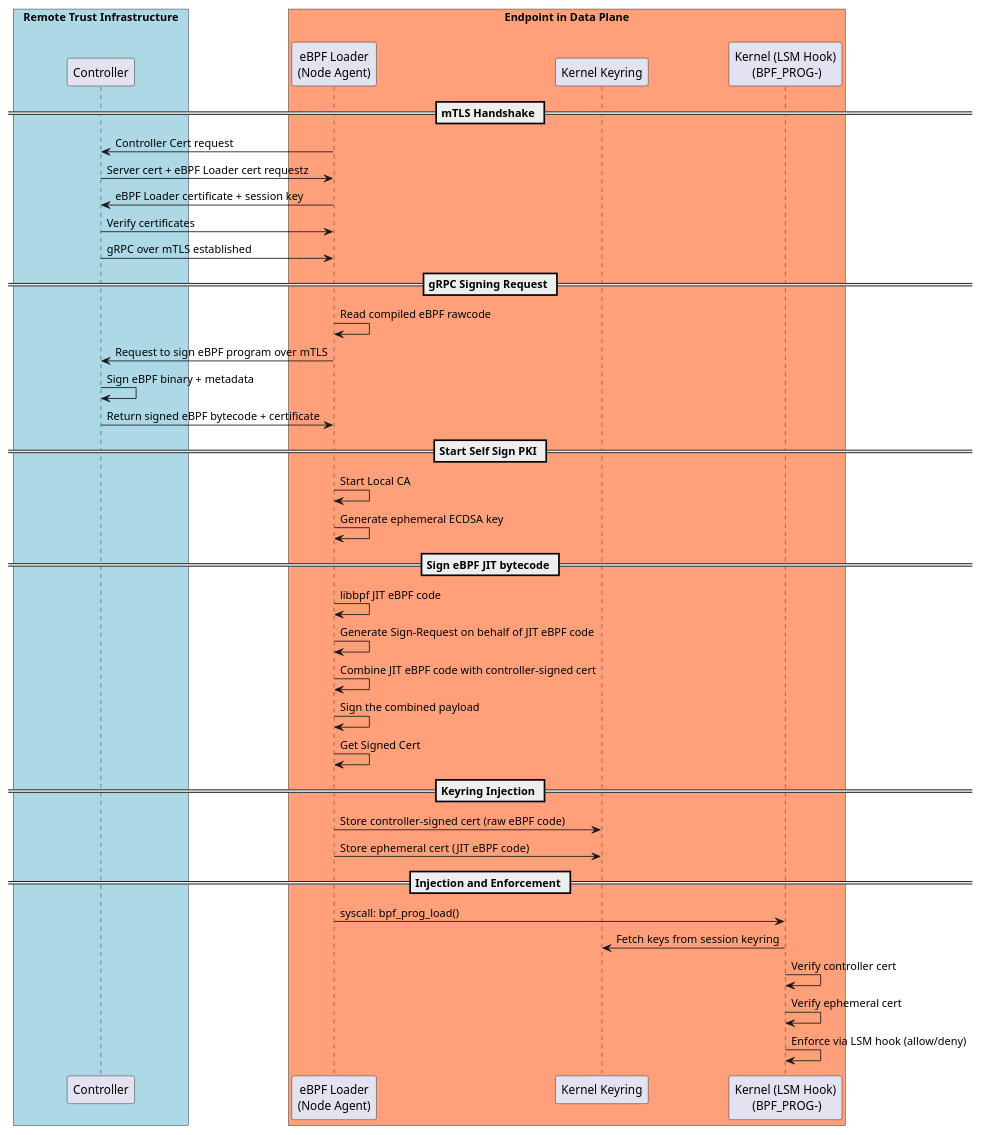
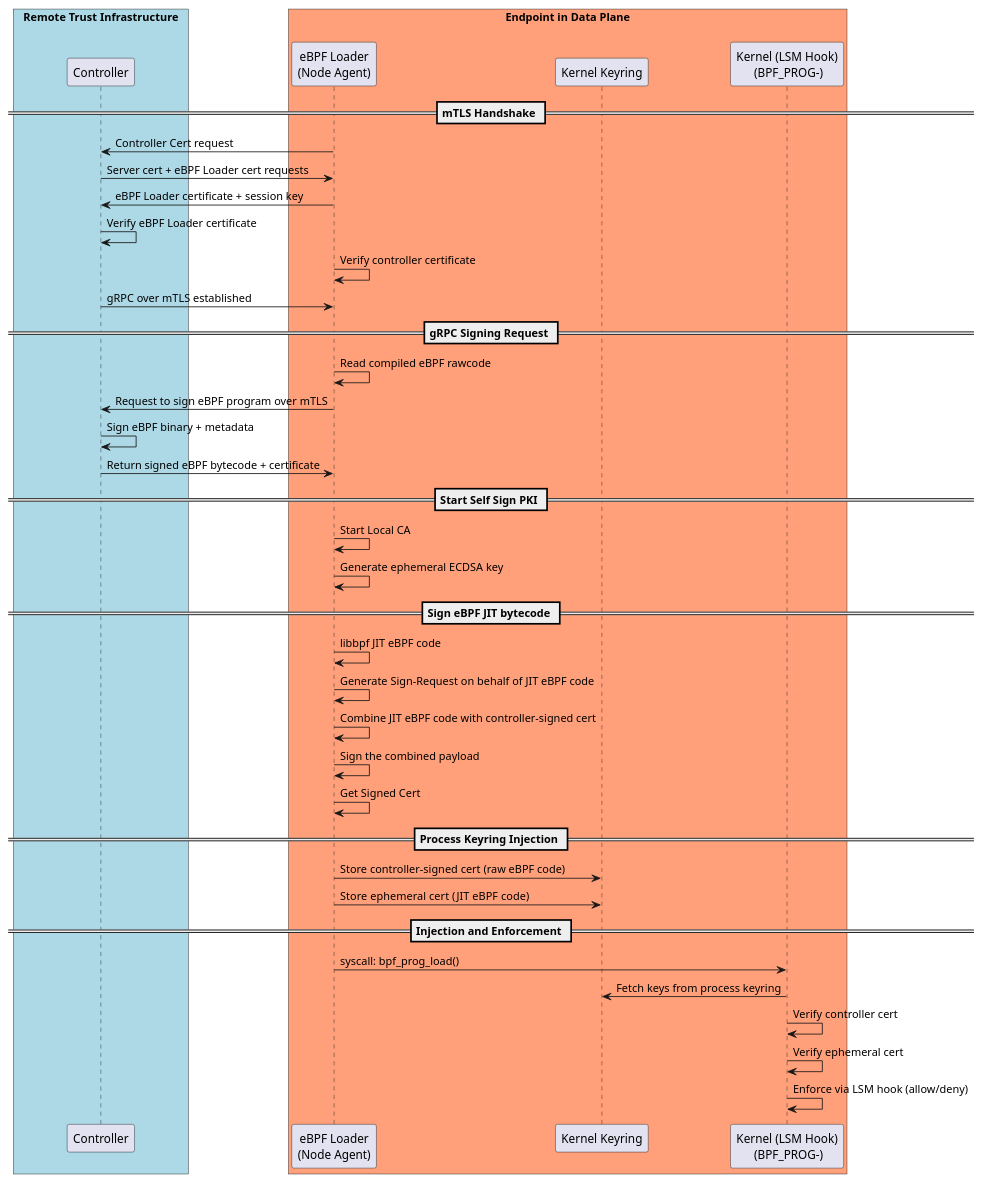
Before and after one commit to Synarcs/Data-Exfiltration-Security-Framework: the diagram in docs/crypto/crypto.puml, drawn with PlantUML. The commit also changed 7 other files, not shown here.

Commit message:
added macros for l3 map update kernel & refined crypto lsm uml

```diff
--- a/docs/crypto/crypto.puml
+++ b/docs/crypto/crypto.puml
@@ -1,55 +1,56 @@
 @startuml
 !pragma teoz true
 ' Set the skin parameters
 skinparam rectangle {
   BackgroundColor White
   BorderColor Black
 }
 
 box "Remote Trust Infrastructure" #LightBlue
   participant Controller
 end box
 
 box "Endpoint in Data Plane\n" #LightSalmon
   participant "eBPF Loader\n(Node Agent)" as Loader
   participant "Kernel Keyring" as Keyring
   participant "Kernel (LSM Hook)\n (BPF_PROG-)" as Kernel
 end box
 
 == mTLS Handshake ==
 Loader -> Controller : Controller Cert request
-Controller -> Loader : Server cert + eBPF Loader cert requestz
+Controller -> Loader : Server cert + eBPF Loader cert requests
 Loader -> Controller : eBPF Loader certificate + session key
-Controller -> Loader : Verify certificates 
+Controller -> Controller : Verify eBPF Loader certificate
+Loader -> Loader  : Verify controller certificate 
 Controller -> Loader : gRPC over mTLS established
 
 == gRPC Signing Request ==
 Loader -> Loader : Read compiled eBPF rawcode
 Loader -> Controller : Request to sign eBPF program over mTLS
 Controller -> Controller : Sign eBPF binary + metadata
 Controller -> Loader : Return signed eBPF bytecode + certificate
 
 == Start Self Sign PKI == 
 Loader -> Loader : Start Local CA
 Loader -> Loader : Generate ephemeral ECDSA key
 
 == Sign eBPF JIT bytecode ==
 Loader -> Loader : libbpf JIT eBPF code
 Loader -> Loader : Generate Sign-Request on behalf of JIT eBPF code
 Loader -> Loader : Combine JIT eBPF code with controller-signed cert
 Loader -> Loader : Sign the combined payload
 Loader -> Loader : Get Signed Cert
 ' Loader -> Loader : Bind cert to process (session keying)
 
-== Keyring Injection ==
+== Process Keyring Injection ==
 Loader -> Keyring : Store controller-signed cert (raw eBPF code)
 Loader -> Keyring : Store ephemeral cert  (JIT eBPF code)
 
 == Injection and Enforcement ==
 Loader -> Kernel : syscall: bpf_prog_load()
-Kernel -> Keyring : Fetch keys from session keyring
+Kernel -> Keyring : Fetch keys from process keyring
 Kernel -> Kernel : Verify controller cert 
 Kernel -> Kernel : Verify ephemeral cert
 Kernel -> Kernel : Enforce via LSM hook (allow/deny)
 
 @enduml
```
